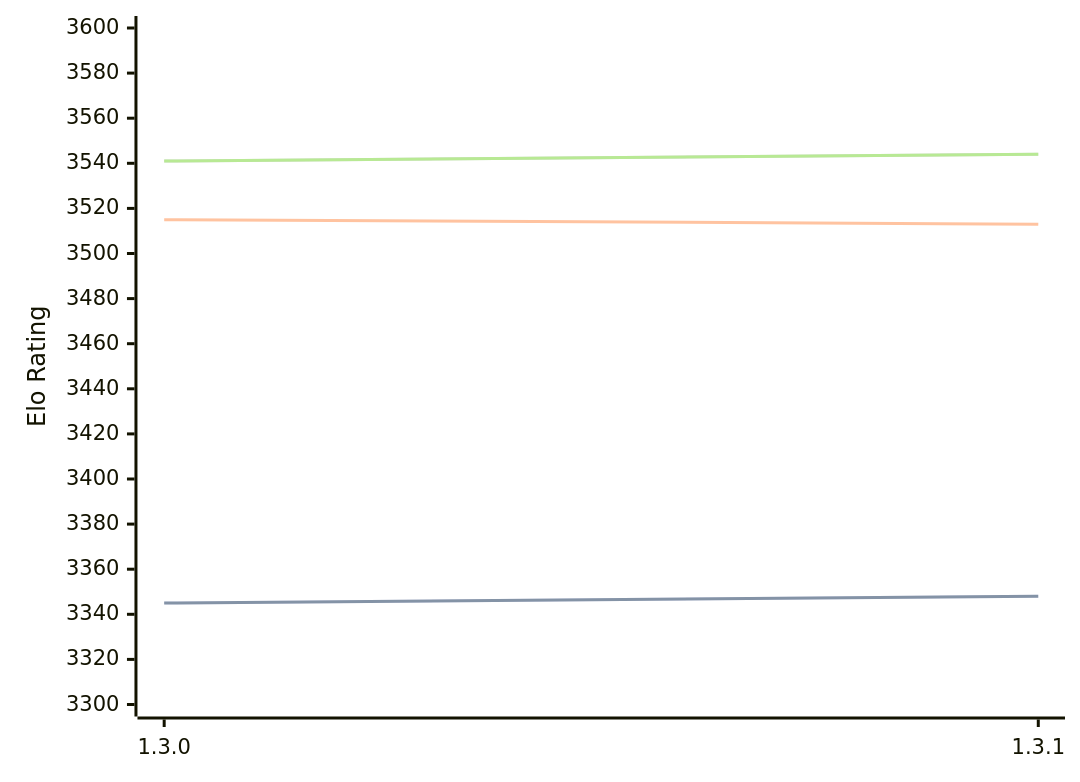
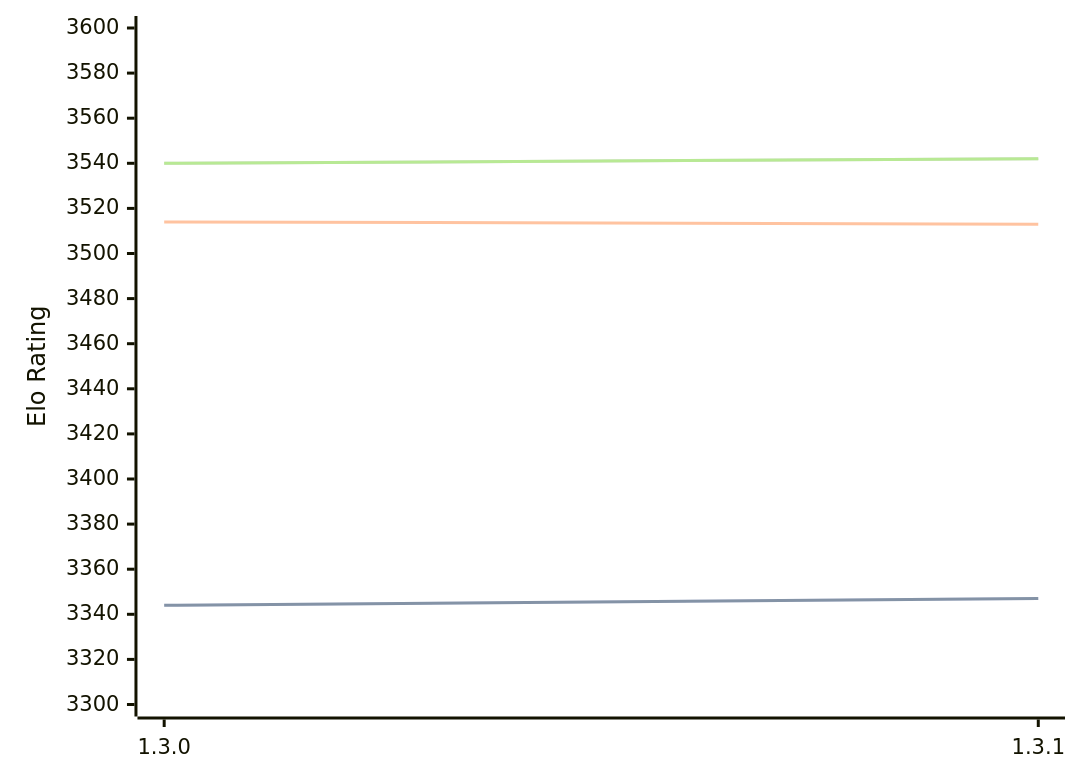
The diagram in engines/Renegade.md (computer-chess-index/cci), drawn with Mermaid before and after one commit. The commit also changed other lines of this file, not shown here.

Commit message:
Update CCI Ratings (ELO VLTC) - 2026-09-01

````diff
--- a/engines/Renegade.md
+++ b/engines/Renegade.md
@@ -33,11 +33,11 @@
 ```mermaid
 %%{init: {"theme":"base","themeVariables":{"seriesColors:['#a3a3a3','#222221','#faa371']}}}%%
 xychart-beta
   x-axis ["1.3.0", "1.3.1"]
   y-axis "Elo Rating" 3300 --> 3600
-  line "" [3345, 3348]
-  line "STC (8.0+0.08s)" [3345, 3348]
-  line "LTC (60.0+0.60s)" [3515, 3513]
-  line "" [3541, 3544]
-  line "VLTC (2m24s+1.12s)" [3541, 3544]
+  line "" [3344, 3347]
+  line "STC (8.0+0.08s)" [3344, 3347]
+  line "LTC (60.0+0.60s)" [3514, 3513]
+  line "" [3540, 3542]
+  line "VLTC (2m24s+1.12s)" [3540, 3542]
 ```
````
